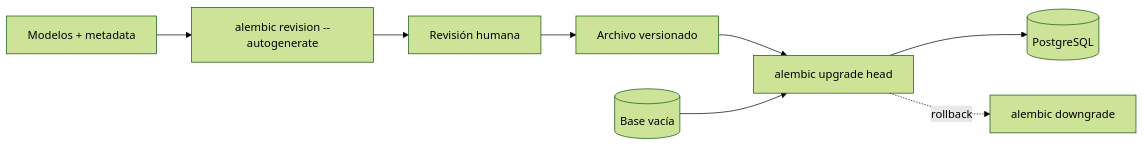
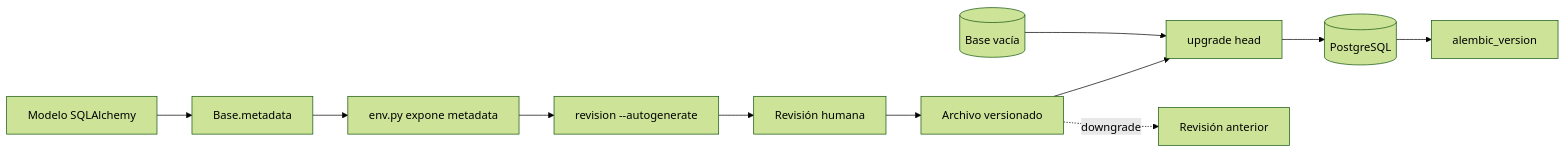
One commit to Anagamedina/ft_transcendence changed the second of 2 diagrams in docs/daruny/02-alembic/03-diagrama.md. Above: the diagram before and after it, drawn with Mermaid (forest theme). The commit also changed other lines of this file and 42 other files, not shown here.

````diff
--- a/docs/daruny/02-alembic/03-diagrama.md
+++ b/docs/daruny/02-alembic/03-diagrama.md
@@ -3,10 +15,13 @@
 ```mermaid
 flowchart LR
- A[Modelos + metadata] --> B[alembic revision --autogenerate]
- B --> C[Revisión humana]
- C --> D[Archivo versionado]
- D --> E[alembic upgrade head]
- E --> F[(PostgreSQL)]
- G[(Base vacía)] --> E
- E -. rollback .-> H[alembic downgrade]
+ A[Modelo SQLAlchemy] --> B[Base.metadata]
+ B --> C[env.py expone metadata]
+ C --> D[revision --autogenerate]
+ D --> E[Revisión humana]
+ E --> F[Archivo versionado]
+ F --> G[upgrade head]
+ H[(Base vacía)] --> G
+ G --> I[(PostgreSQL)]
+ I --> J[alembic_version]
+ F -. downgrade .-> K[Revisión anterior]
 ```
````
